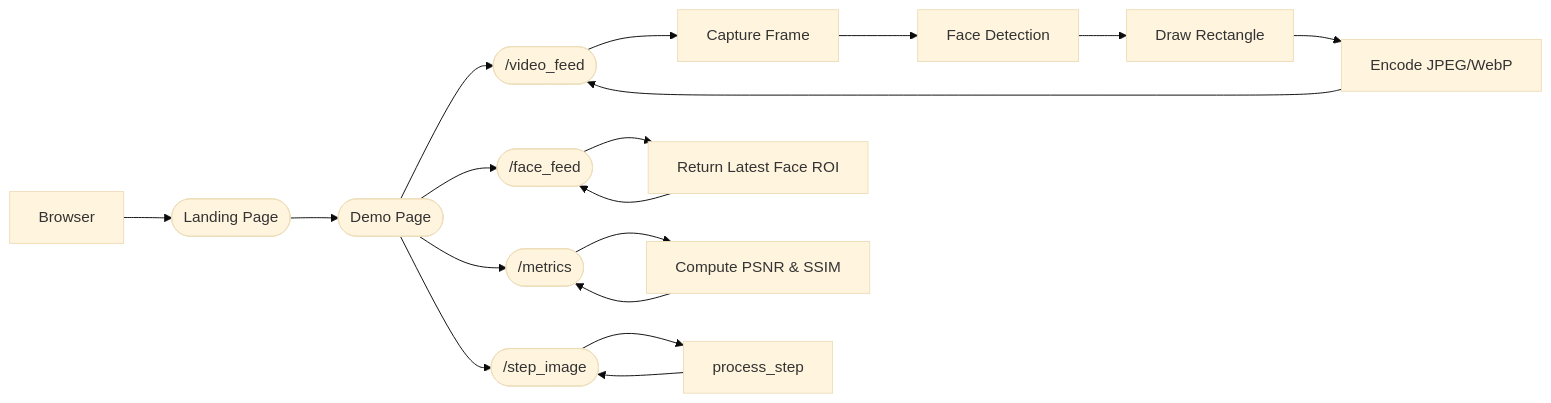
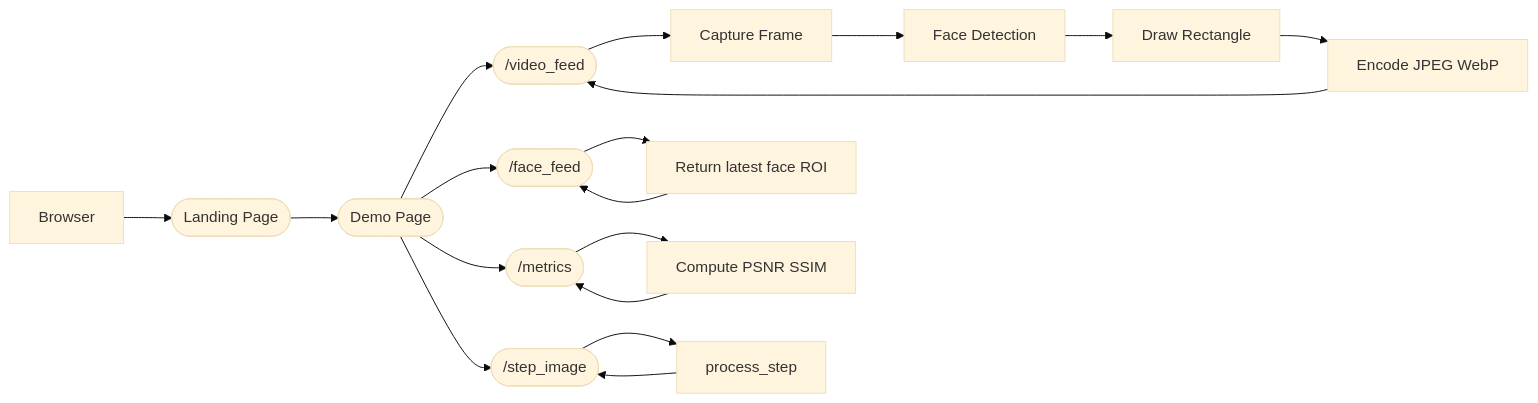
One commit to Rachitjain24/Realtime-Face-Detection changed the second of 2 diagrams in README.md. Above: the diagram before and after it, drawn with Mermaid (base theme). The commit also changed other lines of this file, not shown here.

````diff
--- a/README.md
+++ b/README.md
@@ -110,23 +110,23 @@
 ```mermaid
 flowchart LR
   Browser --> LandingPage([Landing Page])
   LandingPage --> DemoPage([Demo Page])
   DemoPage --> VideoRoute([/video_feed])
   VideoRoute --> Capture[Capture Frame]
   Capture --> Detect[Face Detection]
   Detect --> Annotate[Draw Rectangle]
-  Annotate --> Encode[Encode JPEG/WebP]
+  Annotate --> Encode[Encode JPEG WebP]
   Encode --> VideoRoute
 
   DemoPage --> FaceRoute([/face_feed])
-  FaceRoute --> ROI[Return Latest Face ROI]
+  FaceRoute --> ROI[Return latest face ROI]
   ROI --> FaceRoute
 
   DemoPage --> MetricsRoute([/metrics])
-  MetricsRoute --> Compute[Compute PSNR & SSIM]
+  MetricsRoute --> Compute[Compute PSNR SSIM]
   Compute --> MetricsRoute
 
   DemoPage --> StepRoute([/step_image])
   StepRoute --> Process[process_step]
   Process --> StepRoute
 ```
````
